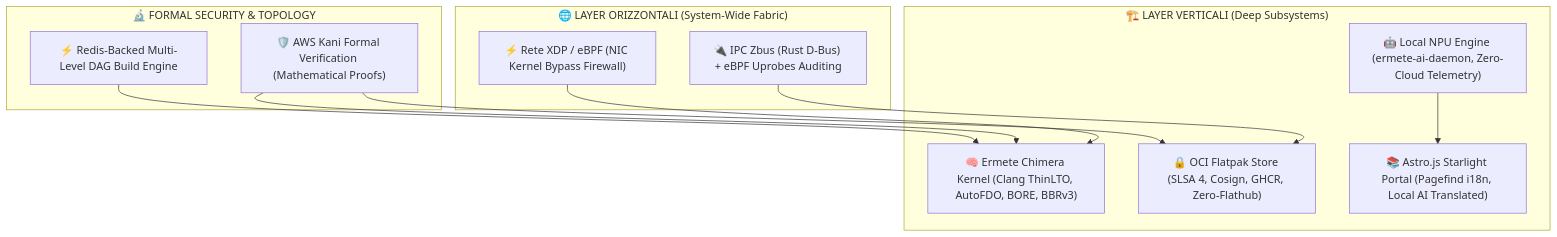
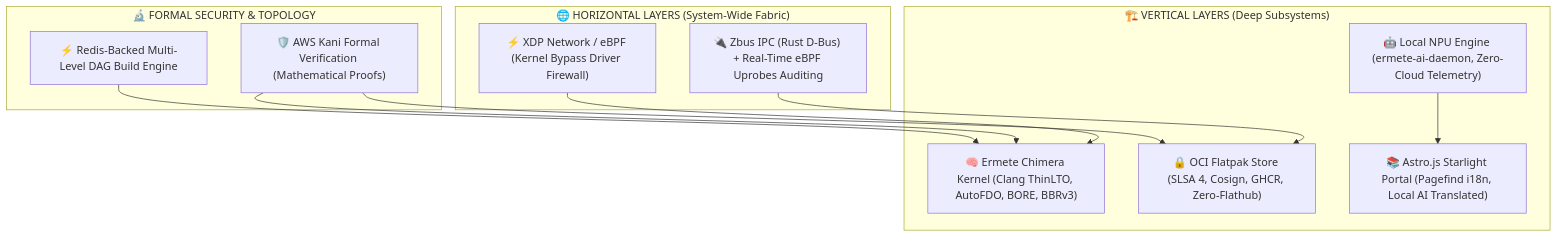
The diagram in docs/architecture/ermete_singularity_architecture_v3.md (hr-mes/ermete-os), drawn with Mermaid before and after one commit. The commit also changed other lines of this file and 11 other files, not shown here.

Commit message:
docs(core): enterprise uplift via shared-docs-sync agent for deep architecture

````diff
--- a/docs/architecture/ermete_singularity_architecture_v3.md
+++ b/docs/architecture/ermete_singularity_architecture_v3.md
@@ -17,26 +17,26 @@
 ```mermaid
 graph TD
-    subgraph Layer_Orizzontali ["🌐 LAYER ORIZZONTALI (System-Wide Fabric)"]
-        XDP["⚡ Rete XDP / eBPF (NIC Kernel Bypass Firewall)"]
-        ZBUS["🔌 IPC Zbus (Rust D-Bus) + eBPF Uprobes Auditing"]
+    subgraph Horizontal_Layers ["🌐 HORIZONTAL LAYERS (System-Wide Fabric)"]
+        XDP["⚡ XDP Network / eBPF (Kernel Bypass Driver Firewall)"]
+        ZBUS["🔌 Zbus IPC (Rust D-Bus) + Real-Time eBPF Uprobes Auditing"]
     end
 
-    subgraph Layer_Verticali ["🏗️ LAYER VERTICALI (Deep Subsystems)"]
+    subgraph Vertical_Layers ["🏗️ VERTICAL LAYERS (Deep Subsystems)"]
         KERNEL["🧠 Ermete Chimera Kernel (Clang ThinLTO, AutoFDO, BORE, BBRv3)"]
         STORE["🔒 OCI Flatpak Store (SLSA 4, Cosign, GHCR, Zero-Flathub)"]
         NPU["🤖 Local NPU Engine (ermete-ai-daemon, Zero-Cloud Telemetry)"]
         PORTAL["📚 Astro.js Starlight Portal (Pagefind i18n, Local AI Translated)"]
     end
 
     subgraph Assurance ["🔬 FORMAL SECURITY & TOPOLOGY"]
         KANI["🛡️ AWS Kani Formal Verification (Mathematical Proofs)"]
         DAG["⚡ Redis-Backed Multi-Level DAG Build Engine"]
     end
 
     XDP --> KERNEL
     ZBUS --> STORE
     NPU --> PORTAL
     KANI --> KERNEL
     KANI --> STORE
     DAG --> KERNEL
 ```
````
